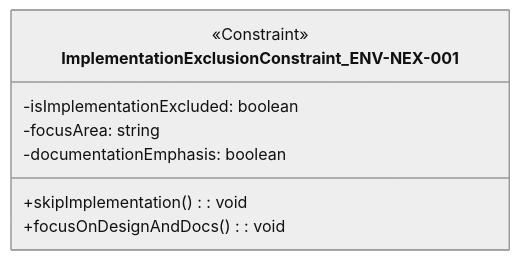
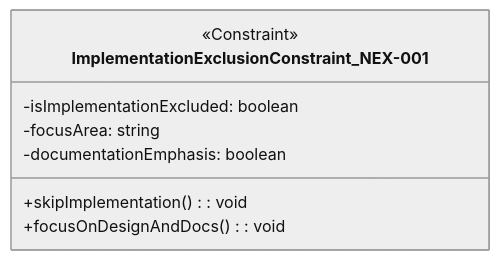
Before and after one commit to sun922/University-SoftwareDesign: the ninth of 17 diagrams in 1. Requirement Analysis/Software Requirements Specification.md, drawn with Mermaid (neutral theme). The commit also changed other lines of this file, not shown here.

````diff
--- a/1. Requirement Analysis/Software Requirements Specification.md
+++ b/1. Requirement Analysis/Software Requirements Specification.md
@@ -807,12 +798,12 @@
 ```mermaid
 classDiagram
-    class ImplementationExclusionConstraint_ENV-NEX-001 {
+    class ImplementationExclusionConstraint_NEX-001 {
         <<Constraint>>
         -isImplementationExcluded: boolean
         -focusArea: string
         -documentationEmphasis: boolean
 
         +skipImplementation(): void
         +focusOnDesignAndDocs(): void
     }
 ```
````
